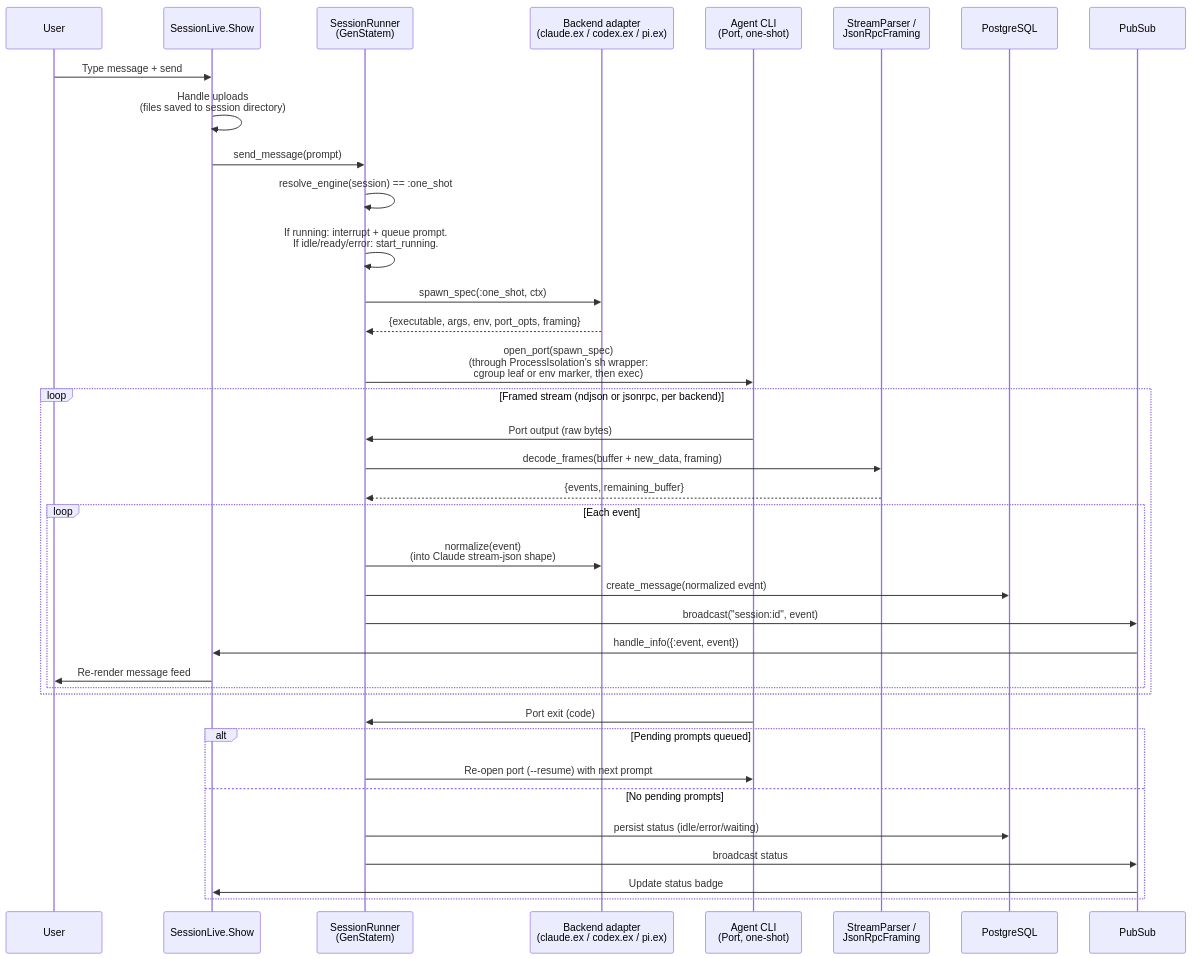
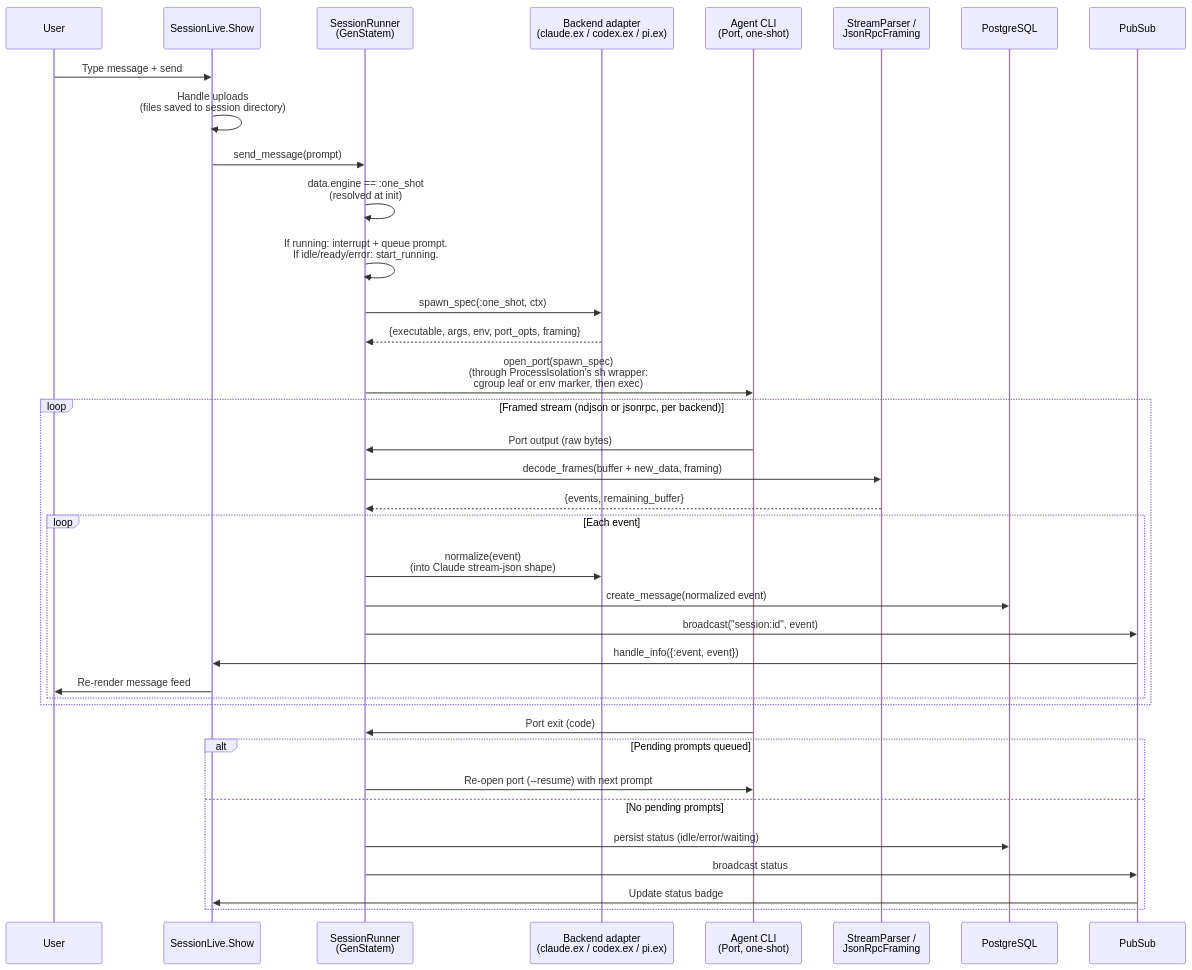
Before and after one commit to zingbretsen/orca_hub: the first of 3 diagrams in .context/message-flow.md, drawn with Mermaid. The commit also changed other lines of this file and 3 other files, not shown here.

First line of the commit message:
Refresh .context architecture docs to match current code (scheduled audit)

````diff
--- a/.context/message-flow.md
+++ b/.context/message-flow.md
@@ -33,42 +43,42 @@
 ```mermaid
 sequenceDiagram
     participant User
     participant LiveView as SessionLive.Show
     participant Runner as SessionRunner<br>(GenStatem)
     participant Backend as Backend adapter<br>(claude.ex / codex.ex / pi.ex)
     participant CLI as Agent CLI<br>(Port, one-shot)
     participant Parser as StreamParser /<br>JsonRpcFraming
     participant DB as PostgreSQL
     participant PubSub
 
     User->>LiveView: Type message + send
     LiveView->>LiveView: Handle uploads<br>(files saved to session directory)
     LiveView->>Runner: send_message(prompt)
-    Runner->>Runner: resolve_engine(session) == :one_shot
+    Runner->>Runner: data.engine == :one_shot<br>(resolved at init)
     Runner->>Runner: If running: interrupt + queue prompt.<br>If idle/ready/error: start_running.
     Runner->>Backend: spawn_spec(:one_shot, ctx)
     Backend-->>Runner: {executable, args, env, port_opts, framing}
     Runner->>CLI: open_port(spawn_spec)<br>(through ProcessIsolation's sh wrapper:<br>cgroup leaf or env marker, then exec)
 
     loop Framed stream (ndjson or jsonrpc, per backend)
         CLI->>Runner: Port output (raw bytes)
         Runner->>Parser: decode_frames(buffer + new_data, framing)
         Parser-->>Runner: {events, remaining_buffer}
         loop Each event
             Runner->>Backend: normalize(event)<br>(into Claude stream-json shape)
             Runner->>DB: create_message(normalized event)
             Runner->>PubSub: broadcast("session:id", event)
             PubSub->>LiveView: handle_info({:event, event})
             LiveView->>User: Re-render message feed
         end
     end
 
     CLI->>Runner: Port exit (code)
     alt Pending prompts queued
         Runner->>CLI: Re-open port (--resume) with next prompt
     else No pending prompts
         Runner->>DB: persist status (idle/error/waiting)
         Runner->>PubSub: broadcast status
         PubSub->>LiveView: Update status badge
     end
 ```
````
